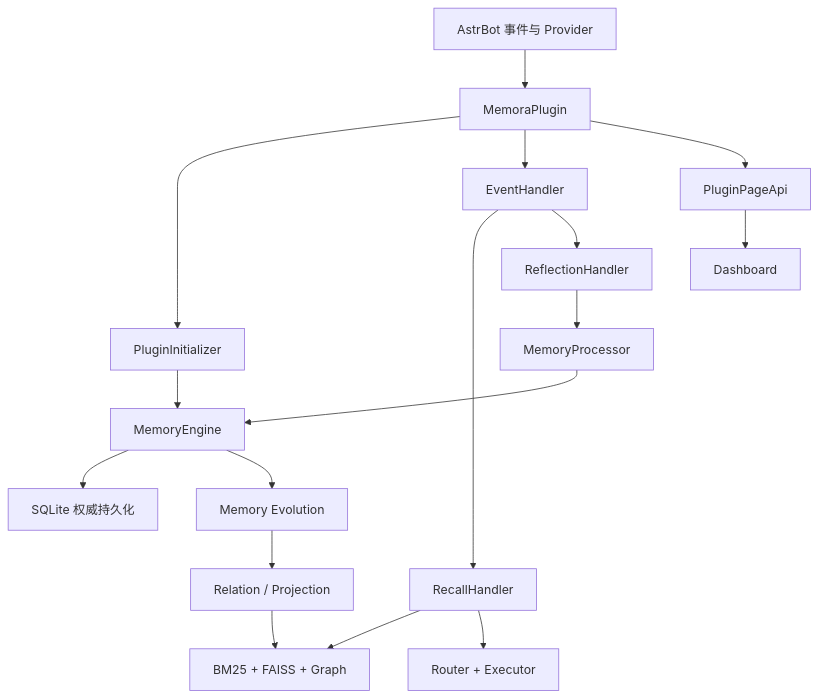
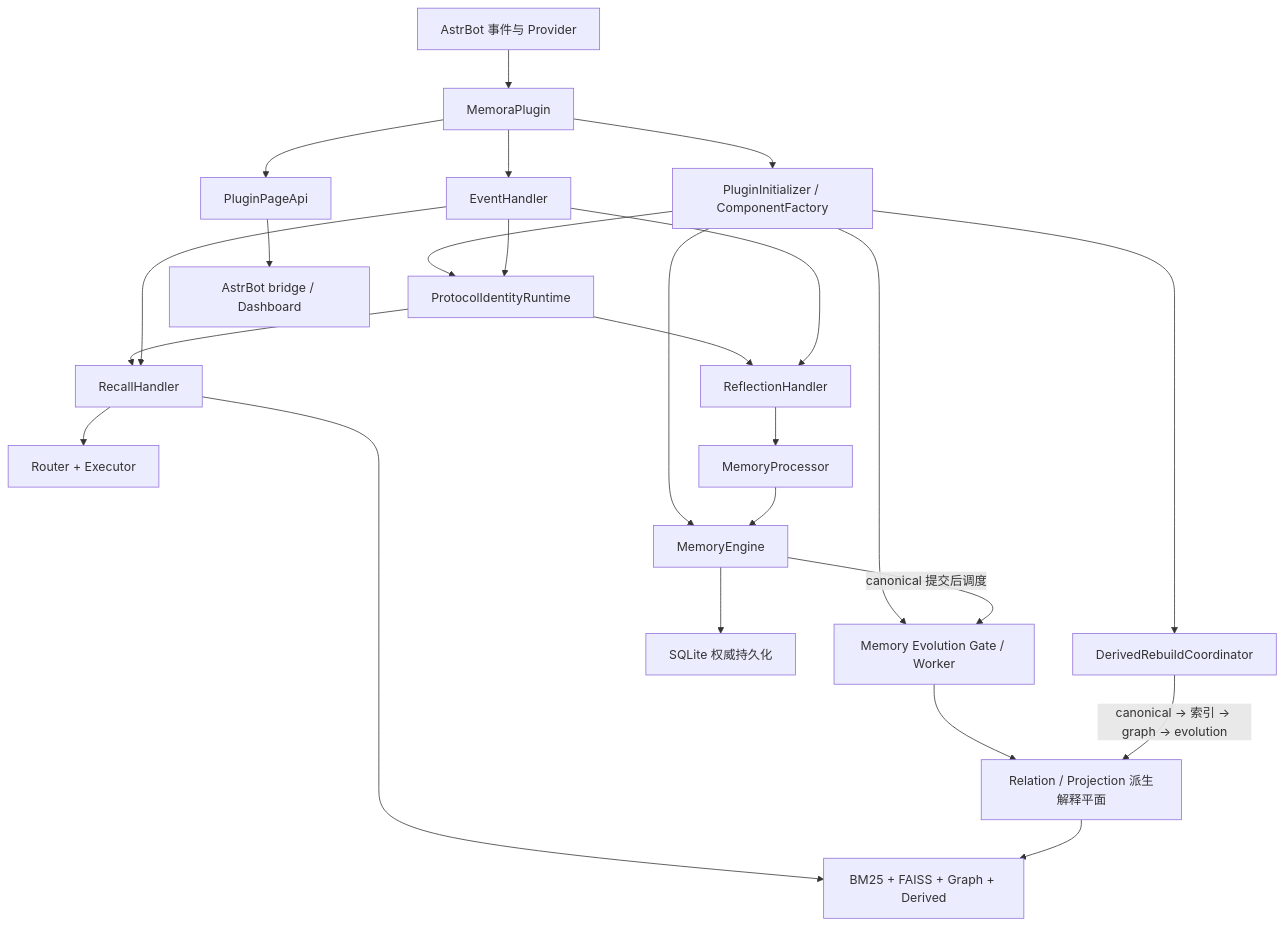
Before and after one commit to INSide-734/astrbot_plugin_memora: the diagram in website/docs/concepts/architecture.md, drawn with Mermaid. The commit also changed other lines of this file and 8 other files, not shown here.

First line of the commit message:
docs(website): update architecture overview and expand development guides

````diff
--- a/website/docs/concepts/architecture.md
+++ b/website/docs/concepts/architecture.md
@@ -7,19 +7,26 @@
 ```mermaid
 flowchart TD
     AstrBot["AstrBot 事件与 Provider"] --> Plugin["MemoraPlugin"]
-    Plugin --> Init["PluginInitializer"]
+    Plugin --> Init["PluginInitializer / ComponentFactory"]
     Plugin --> Events["EventHandler"]
     Plugin --> API["PluginPageApi"]
     Init --> Engine["MemoryEngine"]
+    Init --> Identity["ProtocolIdentityRuntime"]
+    Init --> Evolution["Memory Evolution Gate / Worker"]
+    Events --> Identity
+    Identity --> Recall
+    Identity --> Reflect
     Events --> Recall["RecallHandler"]
     Events --> Reflect["ReflectionHandler"]
-    Recall --> Retrieval["BM25 + FAISS + Graph"]
+    Recall --> Retrieval["BM25 + FAISS + Graph + Derived"]
     Recall --> Injection["Router + Executor"]
     Reflect --> Processor["MemoryProcessor"]
     Processor --> Engine
     Engine --> SQLite["SQLite 权威持久化"]
-    Engine --> Evolution["Memory Evolution"]
-    Evolution --> Derived["Relation / Projection"]
+    Engine -->|canonical 提交后调度| Evolution
+    Evolution --> Derived["Relation / Projection 派生解释平面"]
     Derived --> Retrieval
-    API --> Dashboard["Dashboard"]
+    Init --> Rebuild["DerivedRebuildCoordinator"]
+    Rebuild -->|canonical → 索引 → graph → evolution| Derived
+    API --> Dashboard["AstrBot bridge / Dashboard"]
 ```
````
